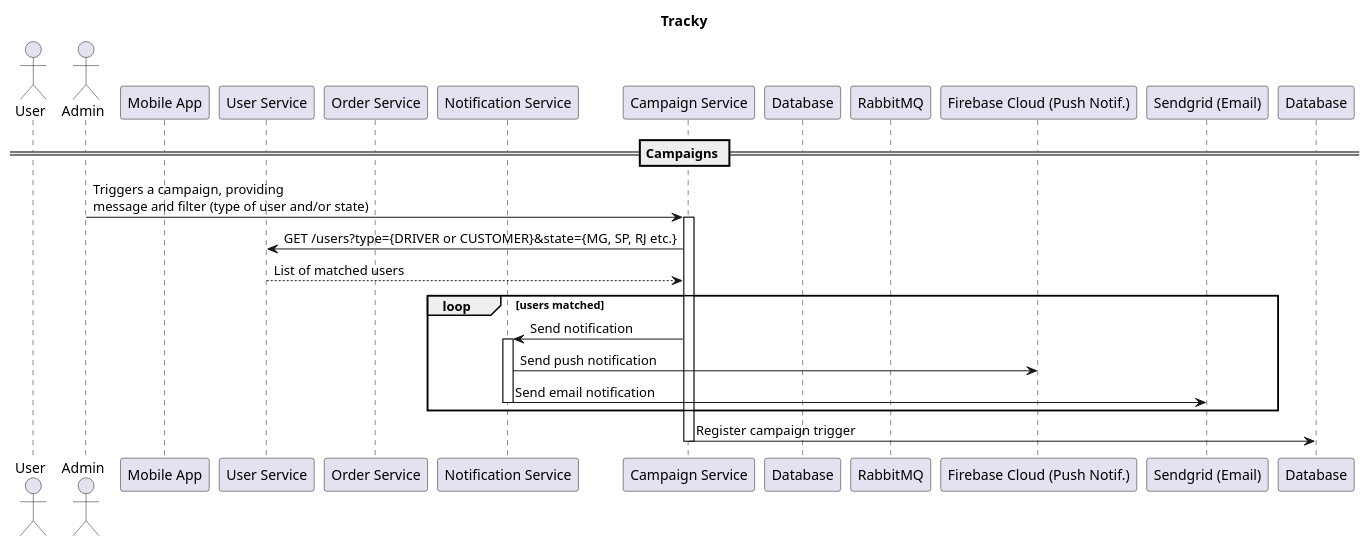
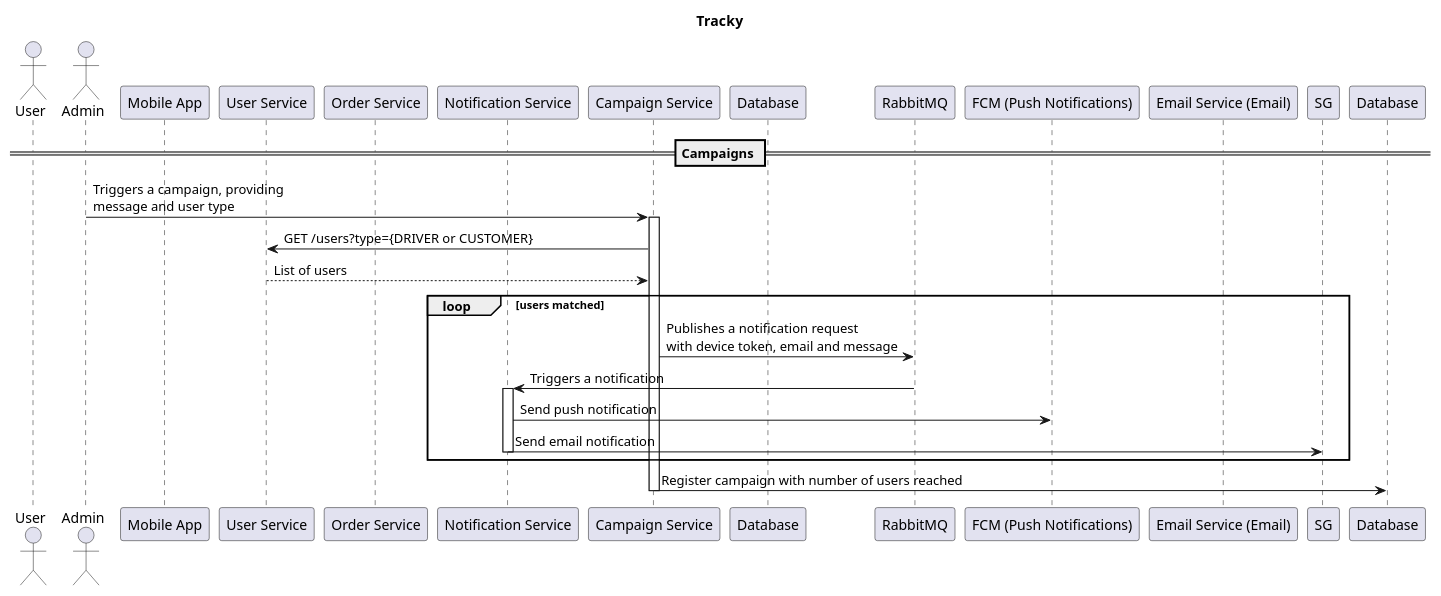
Before and after one commit to lucaazalim/ldamd-tracky: the diagram in assets/campaign-diagram.puml, drawn with PlantUML. The commit also changed 1 other file, not shown here.

Commit message:
docs: update sequence diagrams.

```diff
--- a/assets/campaign-diagram.puml
+++ b/assets/campaign-diagram.puml
@@ -1,35 +1,36 @@
 @startuml TrackyCloudSequence
 title Tracky
 
 actor User as U
 actor Admin as ADM
 
 participant "Mobile App" as MA
 participant "User Service" as US
 participant "Order Service" as OS
 participant "Notification Service" as NS
 participant "Campaign Service" as CS
 
 participant "Database" as DB
 participant "RabbitMQ" as RMQ
 
-participant "Firebase Cloud (Push Notif.)" as FCM
-participant "Sendgrid (Email)" as SG
+participant "FCM (Push Notifications)" as FCM
+participant "Email Service (Email)" as ES
 
 == Campaigns ==
 
-ADM -> CS: Triggers a campaign, providing\nmessage and filter (type of user and/or state)
+ADM -> CS: Triggers a campaign, providing\nmessage and user type
 activate CS
-CS -> US: GET /users?type={DRIVER or CUSTOMER}&state={MG, SP, RJ etc.}
-US --> CS: List of matched users
+CS -> US: GET /users?type={DRIVER or CUSTOMER}
+US --> CS: List of users
 loop users matched
-CS -> NS: Send notification
+CS -> RMQ: Publishes a notification request\nwith device token, email and message
+RMQ -> NS: Triggers a notification
 activate NS
 NS -> FCM: Send push notification
 NS -> SG: Send email notification
 deactivate NS
 end
-CS -> Database: Register campaign trigger
+CS -> Database: Register campaign with number of users reached
 deactivate CS
 
 @enduml
```
